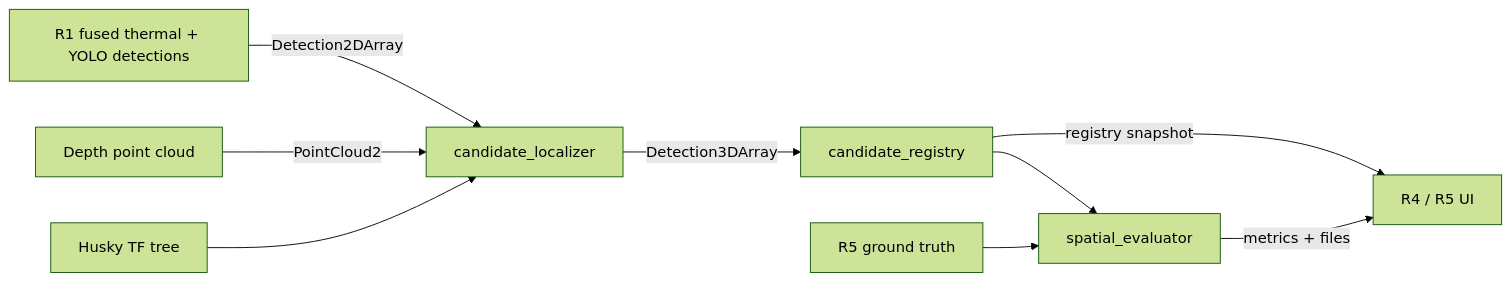
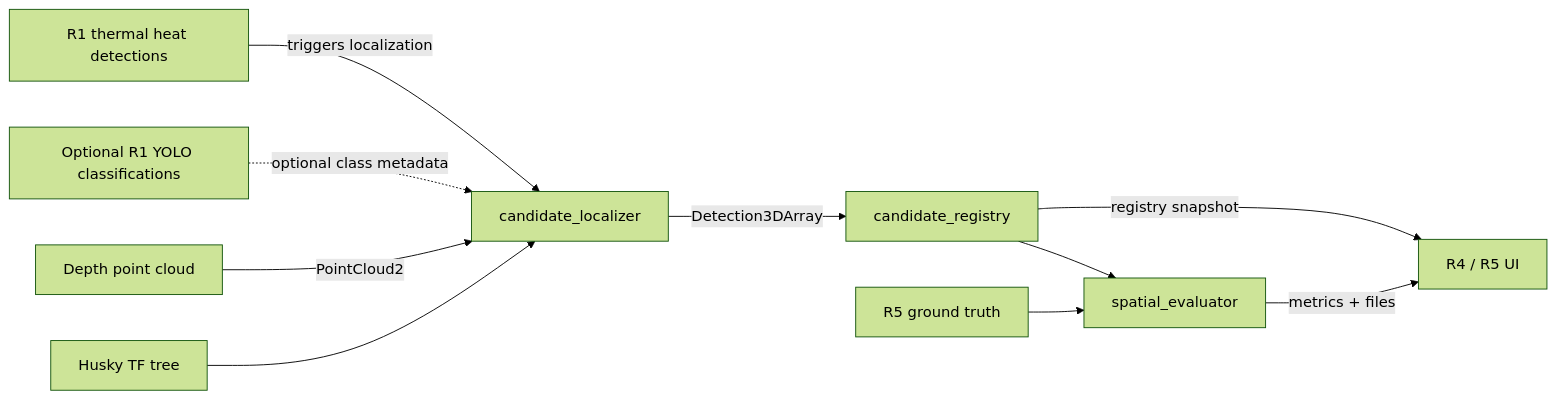
One commit to honglinhnguyen-alt/Robotic_Studio1 changed the diagram in wildlife_spatial/README.md. Above: the diagram before and after it, drawn with Mermaid (forest theme). The commit also changed other lines of this file and 4 other files, not shown here.

Commit message:
Make candidate localization thermal-first

````diff
--- a/wildlife_spatial/README.md
+++ b/wildlife_spatial/README.md
@@ -23,20 +26,22 @@
 ```mermaid
 flowchart LR
-    R1["R1 fused thermal + YOLO detections"]
+    T["R1 thermal heat detections"]
+    Y["Optional R1 YOLO classifications"]
     PC["Depth point cloud"]
     TF["Husky TF tree"]
     L["candidate_localizer"]
     R["candidate_registry"]
     GT["R5 ground truth"]
     E["spatial_evaluator"]
     UI["R4 / R5 UI"]
 
-    R1 -->|Detection2DArray| L
+    T -->|triggers localization| L
+    Y -.->|optional class metadata| L
     PC -->|PointCloud2| L
     TF --> L
     L -->|Detection3DArray| R
     R -->|registry snapshot| UI
     R --> E
     GT --> E
     E -->|metrics + files| UI
 ```
````
